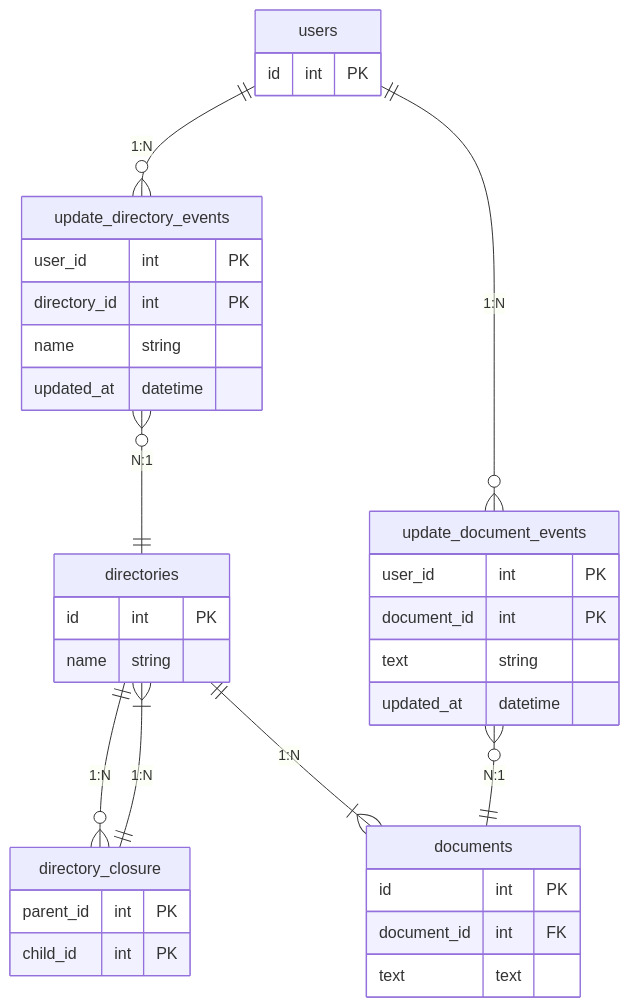
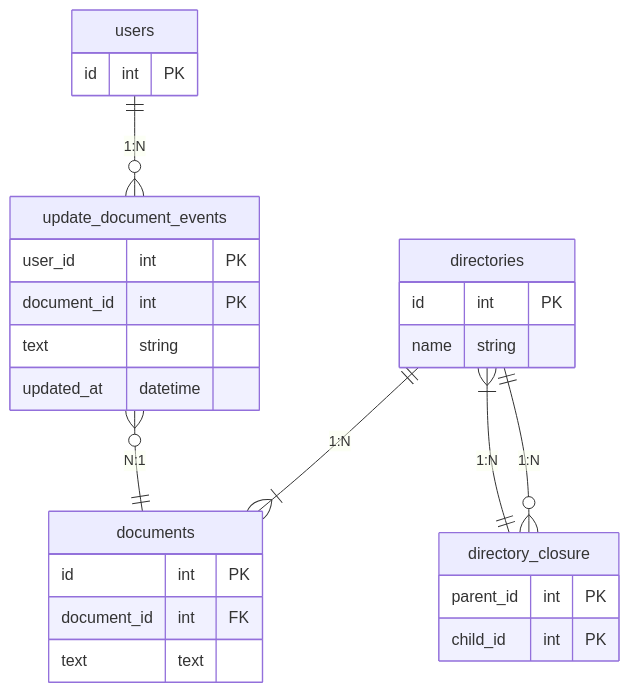
The first of 2 diagrams in db/db-modeling-3/README.md (HitoroOhria/praha-challenge), drawn with Mermaid before and after one commit.

Commit message:
ディレクトリの更新イベントテーブルを削除

````diff
--- a/db/db-modeling-3/README.md
+++ b/db/db-modeling-3/README.md
@@ -5,45 +5,36 @@
 ```mermaid
 erDiagram
 
-users ||--o{ update_directory_events : "1:N"
 users ||--o{ update_document_events : "1:N"
 users {
   id int PK
-}
-
-update_directory_events }o--|| directories : "N:1"
-update_directory_events {
-  user_id int PK
-  directory_id int PK
-  name string
-  updated_at datetime
 }
 
 directories ||--o{ directory_closure : "1:N"
 directories ||--|{ documents : "1:N"
 directories {
   id int PK
   name string
 }
 
 directory_closure ||--|{ directories : "1:N"
 directory_closure {
   parent_id int PK
   child_id int PK
 }
 
 update_document_events }o--|| documents : "N:1"
 update_document_events {
   user_id int PK
   document_id int PK
   text string
   updated_at datetime
 }
 
 documents {
   id int PK
   document_id int FK
   text text
 }
 
 ```
````
